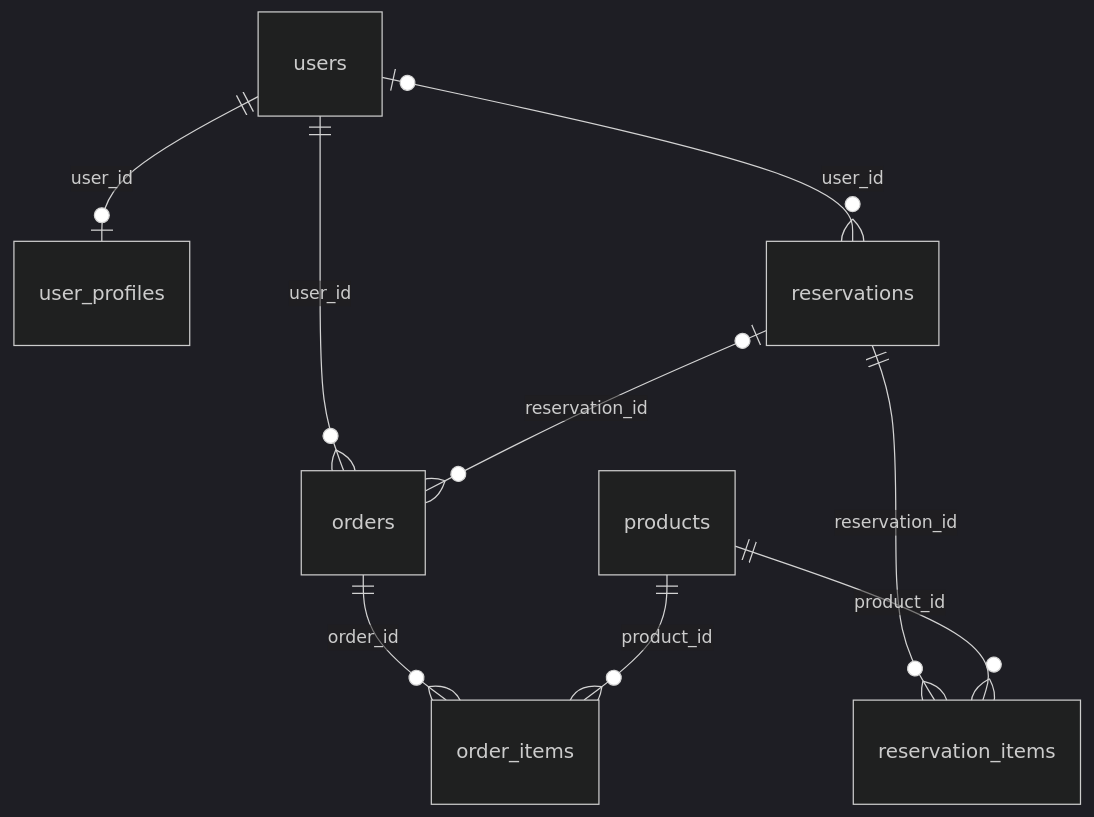
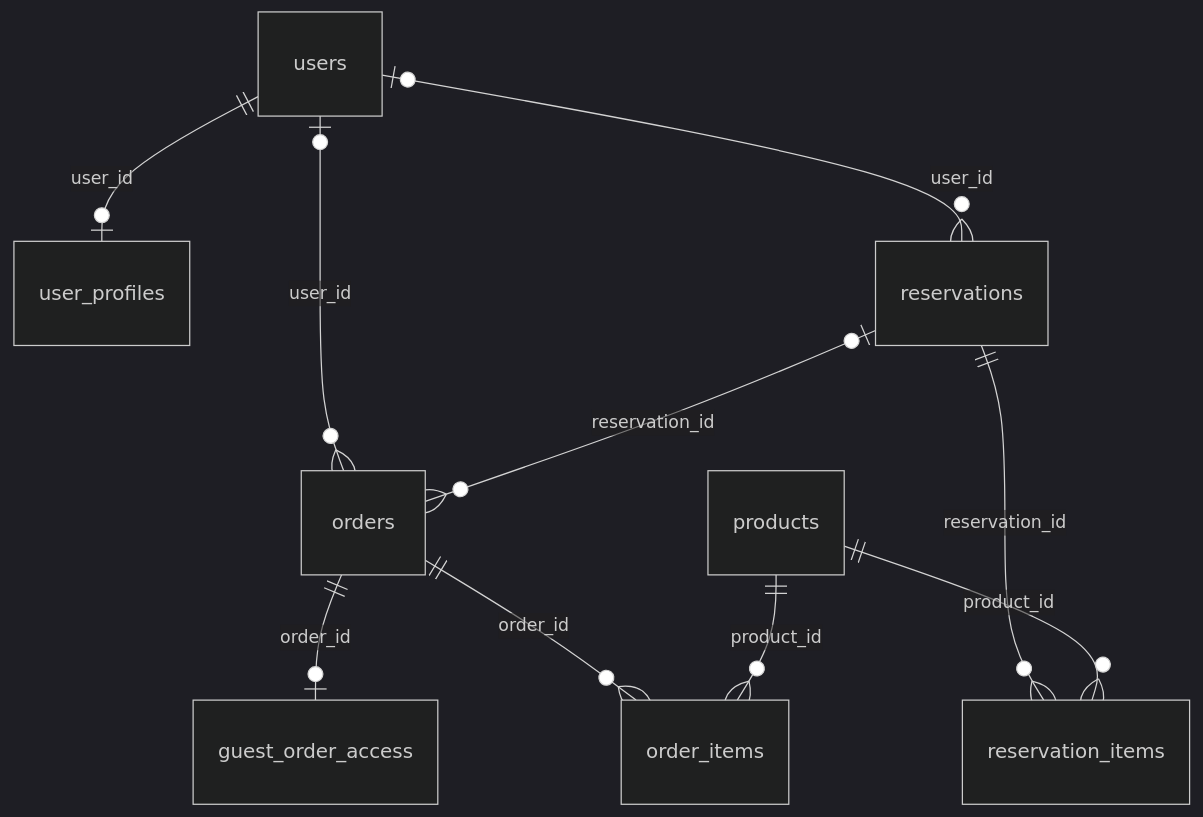
Before and after one commit to soyoun9176/bbang-palja: the diagram in docs/DATABASE.md, drawn with Mermaid (dark theme). The commit also changed other lines of this file and 11 other files, not shown here.

````diff
--- a/docs/DATABASE.md
+++ b/docs/DATABASE.md
@@ -50,11 +52,12 @@
 ```mermaid
 erDiagram
-    users ||--o{ orders : user_id
+    users o|--o{ orders : user_id
+    orders ||--o| guest_order_access : order_id
     users ||--o| user_profiles : user_id
     users o|--o{ reservations : user_id
     reservations o|--o{ orders : reservation_id
     reservations ||--o{ reservation_items : reservation_id
     products ||--o{ reservation_items : product_id
     orders ||--o{ order_items : order_id
     products ||--o{ order_items : product_id
 ```
````
